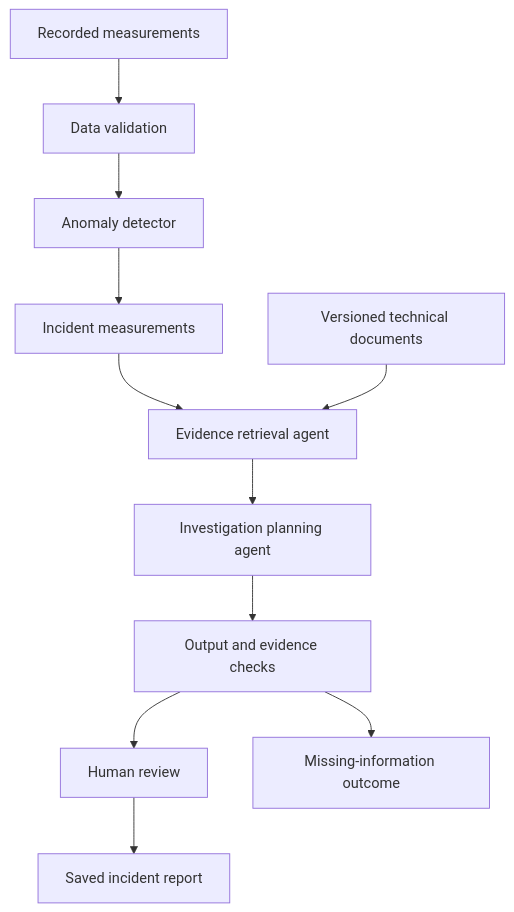
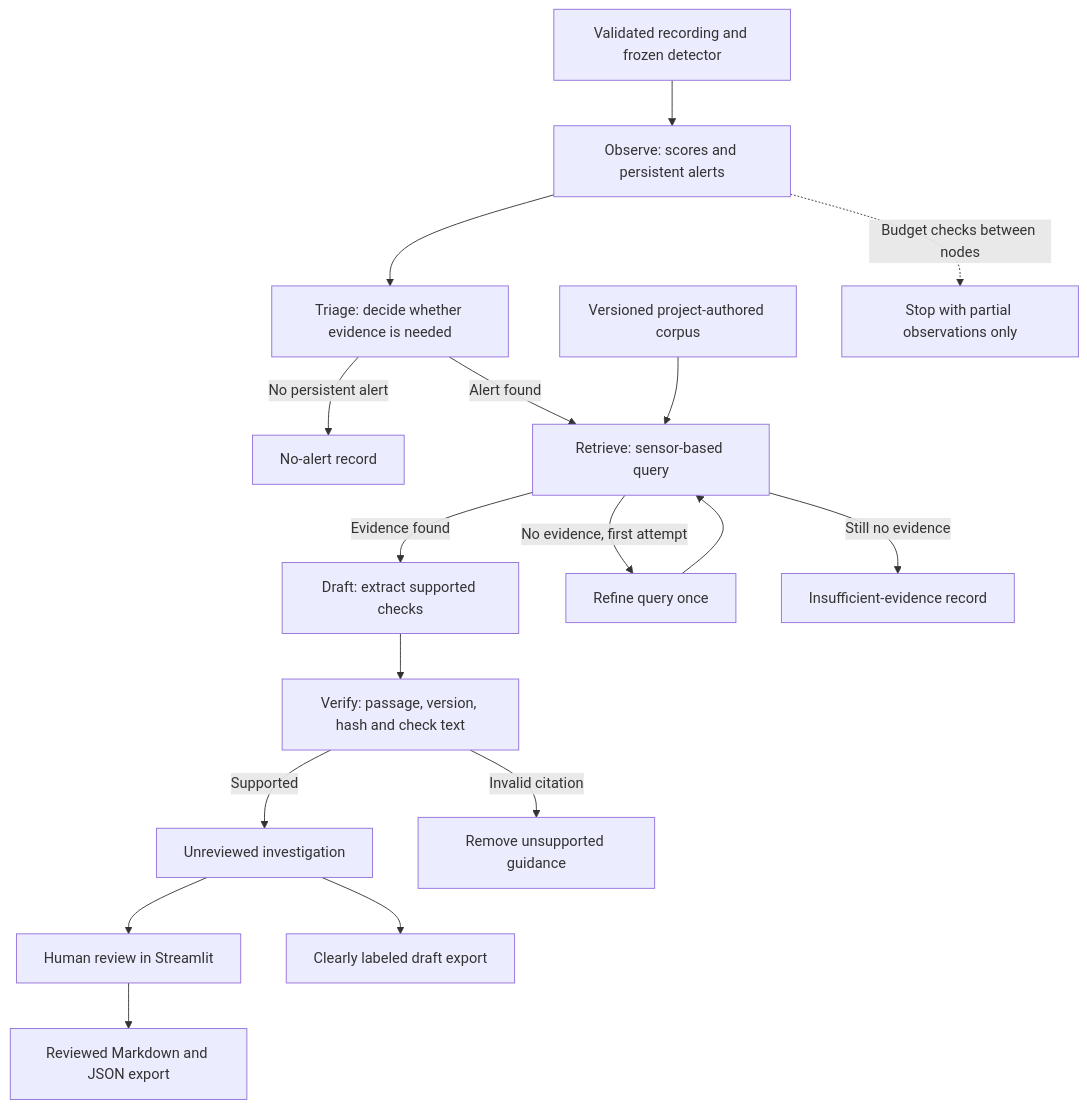
Before and after one commit to Riku-lou-loup/forge: the diagram in docs/architecture.md, drawn with Mermaid. The commit also changed other lines of this file and 10 other files, not shown here.

````diff
--- a/docs/architecture.md
+++ b/docs/architecture.md
@@ -19,13 +28,19 @@
 ```mermaid
 flowchart TD
-    A[Recorded measurements] --> B[Data validation]
-    B --> C[Anomaly detector]
-    C --> D[Incident measurements]
-    D --> E[Evidence retrieval agent]
-    F[Versioned technical documents] --> E
-    E --> G[Investigation planning agent]
-    G --> H[Output and evidence checks]
-    H --> I[Human review]
-    I --> J[Saved incident report]
-    H --> K[Missing-information outcome]
+    A[Validated recording and frozen detector] --> B[Observe: scores and persistent alerts]
+    B --> C[Triage: decide whether evidence is needed]
+    C -->|No persistent alert| N[No-alert record]
+    C -->|Alert found| D[Retrieve: sensor-based query]
+    K[Versioned project-authored corpus] --> D
+    D -->|Evidence found| E[Draft: extract supported checks]
+    D -->|No evidence, first attempt| R[Refine query once]
+    R --> D
+    D -->|Still no evidence| U[Insufficient-evidence record]
+    E --> F[Verify: passage, version, hash and check text]
+    F -->|Supported| G[Unreviewed investigation]
+    F -->|Invalid citation| X[Remove unsupported guidance]
+    G --> H[Human review in Streamlit]
+    H --> I[Reviewed Markdown and JSON export]
+    G --> J[Clearly labeled draft export]
+    B -. Budget checks between nodes .-> Q[Stop with partial observations only]
 ```
````
